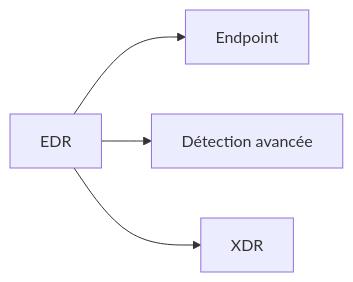
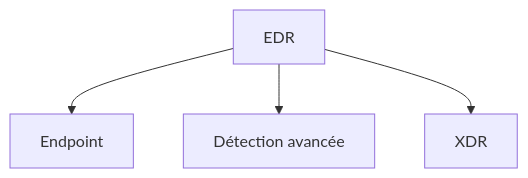
Diagram 13 of 42 in docs/glossaire/cybersecurite.md (zyrass/omnydocs), drawn with Mermaid before and after one commit. The commit also changed other lines of this file and 1780 other files, not shown here.

````diff
--- a/docs/glossaire/cybersecurite.md
+++ b/docs/glossaire/cybersecurite.md
@@ -271,6 +325,6 @@
-    ```mermaid
-    graph LR
-        A[EDR] --> B[Endpoint]
-        A --> C[Détection avancée]
-        A --> D[XDR]
-    ```
+```mermaid
+graph TB
+    A[EDR] --> B[Endpoint]
+    A --> C[Détection avancée]
+    A --> D[XDR]
+```
````
